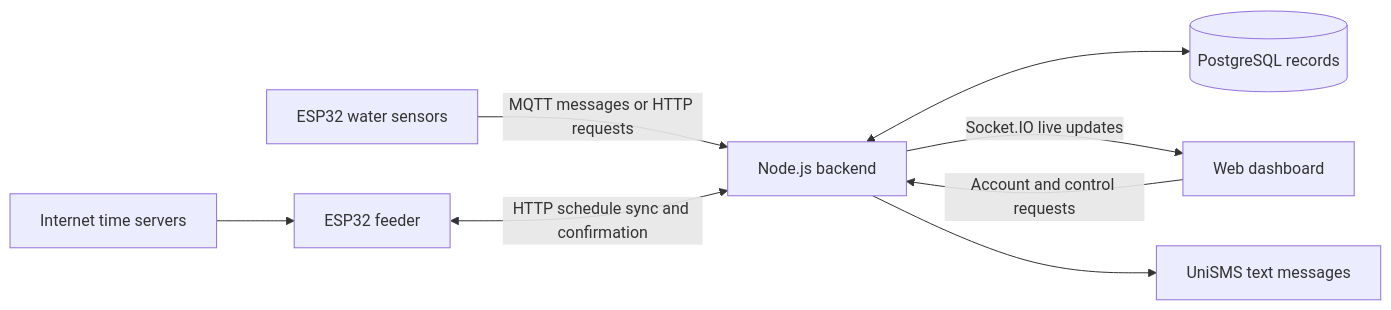
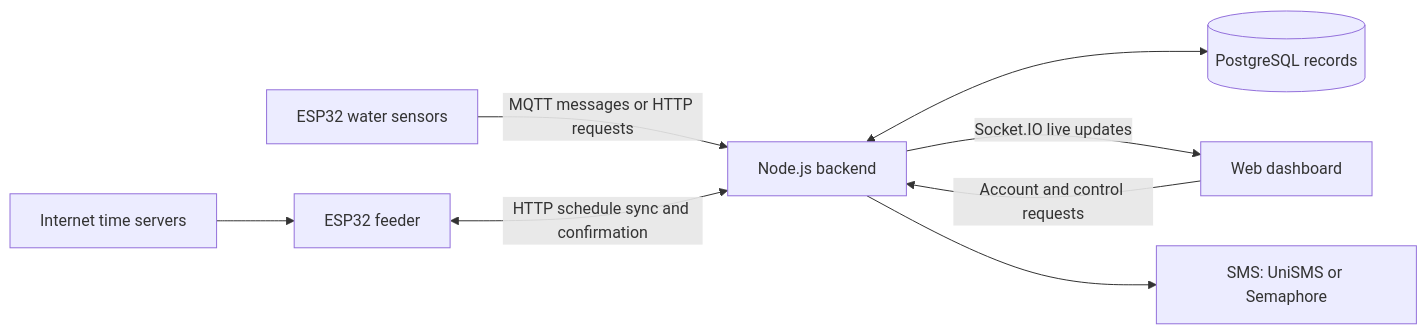
One commit to KongSkull12/Aquasense changed the diagram in README.md. Above: the diagram before and after it, drawn with Mermaid. The commit also changed other lines of this file and 15 other files, not shown here.

Commit message:
feat: Semaphore SMS, dashboard pH calibration, relay pin fix

````diff
--- a/README.md
+++ b/README.md
@@ -23,10 +23,10 @@
 ```mermaid
 flowchart LR
     Sensors[ESP32 water sensors] -->|MQTT messages or HTTP requests| Backend[Node.js backend]
     Backend <--> Database[(PostgreSQL records)]
     Backend -->|Socket.IO live updates| Dashboard[Web dashboard]
     Dashboard -->|Account and control requests| Backend
-    Backend --> UniSMS[UniSMS text messages]
+    Backend --> SMS[SMS: UniSMS or Semaphore]
     Feeder[ESP32 feeder] <-->|HTTP schedule sync and confirmation| Backend
     NTP[Internet time servers] --> Feeder
 ```
````
